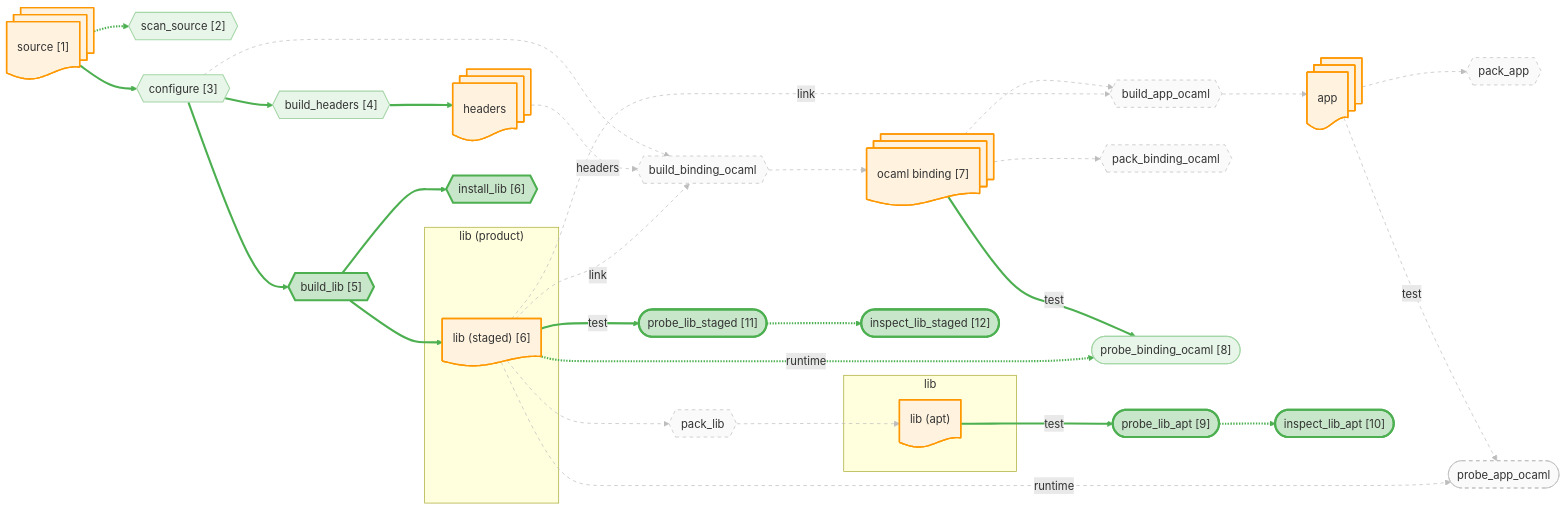
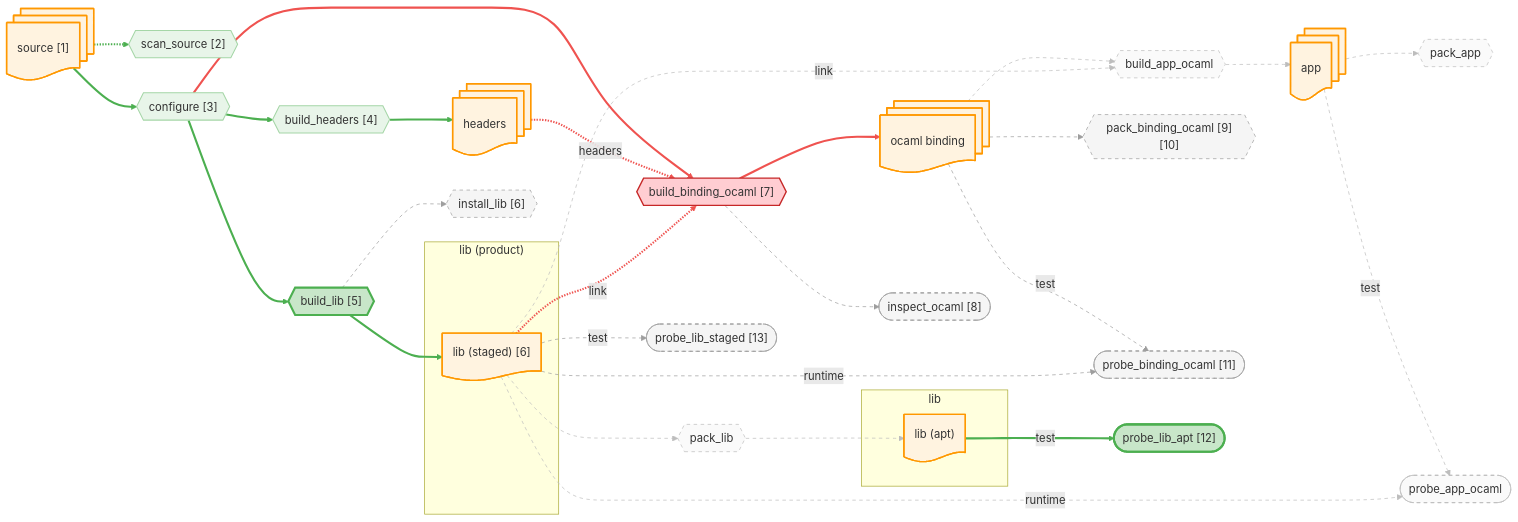
One commit to JHU-PL-Lab/tola changed the diagram in docs/canary/projects/z3/-run/diagrams/lib.mmd. Above: the diagram before and after it, drawn with Mermaid. The commit also changed 247 other files, not shown here.

```diff
--- a/docs/canary/projects/z3/-run/diagrams/lib.mmd
+++ b/docs/canary/projects/z3/-run/diagrams/lib.mmd
@@ -1,108 +1,104 @@
 %% view: lib
 graph LR
     source_node@{ shape: docs, label: "source [1]" }
     headers_node@{ shape: docs, label: "headers" }
     subgraph lib_input_sg ["lib"]
       lib_apt_node@{ shape: doc, label: "lib (apt)" }
     end
     subgraph lib_product_sg ["lib (product)"]
       lib_staged_node@{ shape: doc, label: "lib (staged) [6]" }
     end
     app_node@{ shape: docs, label: "app" }
-    ocaml_binding_node@{ shape: docs, label: "ocaml binding [7]" }
+    ocaml_binding_node@{ shape: docs, label: "ocaml binding" }
 
     A_scan_source{{"scan_source [2]"}}
     A_configure{{"configure [3]"}}
     A_build_headers{{"build_headers [4]"}}
     A_build_lib{{"build_lib [5]"}}
-    A_build_binding_ocaml{{"build_binding_ocaml"}}
+    A_build_binding_ocaml{{"build_binding_ocaml [7]"}}
     A_build_app_ocaml{{"build_app_ocaml"}}
     A_install_lib{{"install_lib [6]"}}
-    A_pack_binding_ocaml{{"pack_binding_ocaml"}}
+    A_pack_binding_ocaml{{"pack_binding_ocaml [9][10]"}}
     A_pack_lib{{"pack_lib"}}
     A_pack_app{{"pack_app"}}
-    A_probe_binding_ocaml(["probe_binding_ocaml [8]"])
+    A_probe_binding_ocaml(["probe_binding_ocaml [11]"])
     A_probe_app_ocaml(["probe_app_ocaml"])
-    A_probe_lib_apt(["probe_lib_apt [9]"])
-    A_probe_lib_staged(["probe_lib_staged [11]"])
-    A_probe_lib_apt_inspect(["inspect_lib_apt [10]"])
-    A_probe_lib_staged_inspect(["inspect_lib_staged [12]"])
+    A_probe_lib_apt(["probe_lib_apt [12]"])
+    A_probe_lib_staged(["probe_lib_staged [13]"])
+    A_build_binding_ocaml_inspect(["inspect_ocaml [8]"])
 
     source_node -.-> A_scan_source
     source_node --> A_configure
     A_configure --> A_build_headers
     A_build_headers --> headers_node
     A_configure --> A_build_lib
     A_build_lib --> lib_staged_node
     A_configure --> A_build_binding_ocaml
     headers_node -.->|headers| A_build_binding_ocaml
     lib_staged_node -.->|link| A_build_binding_ocaml
     A_build_binding_ocaml --> ocaml_binding_node
     ocaml_binding_node --> A_build_app_ocaml
     lib_staged_node -.->|link| A_build_app_ocaml
     A_build_app_ocaml --> app_node
     A_build_lib --> A_install_lib
     ocaml_binding_node --> A_pack_binding_ocaml
     lib_staged_node --> A_pack_lib
     A_pack_lib --> lib_apt_node
     app_node --> A_pack_app
     ocaml_binding_node -->|test| A_probe_binding_ocaml
     lib_staged_node -.->|runtime| A_probe_binding_ocaml
     app_node -->|test| A_probe_app_ocaml
     lib_staged_node -.->|runtime| A_probe_app_ocaml
     lib_apt_node -->|test| A_probe_lib_apt
     lib_staged_node -->|test| A_probe_lib_staged
-    A_probe_lib_apt -.-> A_probe_lib_apt_inspect
-    A_probe_lib_staged -.-> A_probe_lib_staged_inspect
+    A_build_binding_ocaml -.-> A_build_binding_ocaml_inspect
 
     classDef artifact fill:#fff3e0,stroke:#ff9800,stroke-width:2px
     classDef action fill:#f3e5f5,stroke:#9c27b0,stroke-width:2px
     classDef st_done fill:#c8e6c9,stroke:#4caf50,stroke-width:3px
     classDef st_done_ctx fill:#e8f5e9,stroke:#a5d6a7,stroke-width:1.5px
     classDef st_expected_fail fill:#fff9c4,stroke:#f9a825,stroke-width:2px
     classDef st_failed fill:#ffcdd2,stroke:#c62828,stroke-width:2px
     classDef st_skipped fill:#f5f5f5,stroke:#9e9e9e,stroke-dasharray:5
     classDef st_nospec fill:#fafafa,stroke:#bdbdbd,stroke-dasharray:5
     class source_node,headers_node,lib_apt_node,lib_staged_node,app_node,ocaml_binding_node artifact
     class A_scan_source st_done_ctx
     class A_configure st_done_ctx
     class A_build_headers st_done_ctx
     class A_build_lib st_done
-    class A_build_binding_ocaml st_nospec
+    class A_build_binding_ocaml st_failed
     class A_build_app_ocaml st_nospec
-    class A_install_lib st_done
-    class A_pack_binding_ocaml st_nospec
+    class A_install_lib st_skipped
+    class A_pack_binding_ocaml st_skipped
     class A_pack_lib st_nospec
     class A_pack_app st_nospec
-    class A_probe_binding_ocaml st_done_ctx
+    class A_probe_binding_ocaml st_skipped
     class A_probe_app_ocaml st_nospec
     class A_probe_lib_apt st_done
-    class A_probe_lib_staged st_done
-    class A_probe_lib_apt_inspect st_done
-    class A_probe_lib_staged_inspect st_done
+    class A_probe_lib_staged st_skipped
+    class A_build_binding_ocaml_inspect st_skipped
     linkStyle 0 stroke:#4caf50,stroke-width:3px
     linkStyle 1 stroke:#4caf50,stroke-width:3px
     linkStyle 2 stroke:#4caf50,stroke-width:3px
     linkStyle 3 stroke:#4caf50,stroke-width:3px
     linkStyle 4 stroke:#4caf50,stroke-width:3px
     linkStyle 5 stroke:#4caf50,stroke-width:3px
-    linkStyle 6 stroke:#bdbdbd,stroke-width:1px,stroke-dasharray:5
-    linkStyle 7 stroke:#bdbdbd,stroke-width:1px,stroke-dasharray:5
-    linkStyle 8 stroke:#bdbdbd,stroke-width:1px,stroke-dasharray:5
-    linkStyle 9 stroke:#bdbdbd,stroke-width:1px,stroke-dasharray:5
+    linkStyle 6 stroke:#ef5350,stroke-width:3px
+    linkStyle 7 stroke:#ef5350,stroke-width:3px
+    linkStyle 8 stroke:#ef5350,stroke-width:3px
+    linkStyle 9 stroke:#ef5350,stroke-width:3px
     linkStyle 10 stroke:#bdbdbd,stroke-width:1px,stroke-dasharray:5
     linkStyle 11 stroke:#bdbdbd,stroke-width:1px,stroke-dasharray:5
     linkStyle 12 stroke:#bdbdbd,stroke-width:1px,stroke-dasharray:5
-    linkStyle 13 stroke:#4caf50,stroke-width:3px
-    linkStyle 14 stroke:#bdbdbd,stroke-width:1px,stroke-dasharray:5
+    linkStyle 13 stroke:#9e9e9e,stroke-width:1px,stroke-dasharray:5
+    linkStyle 14 stroke:#9e9e9e,stroke-width:1px,stroke-dasharray:5
     linkStyle 15 stroke:#bdbdbd,stroke-width:1px,stroke-dasharray:5
     linkStyle 16 stroke:#bdbdbd,stroke-width:1px,stroke-dasharray:5
     linkStyle 17 stroke:#bdbdbd,stroke-width:1px,stroke-dasharray:5
-    linkStyle 18 stroke:#4caf50,stroke-width:3px
-    linkStyle 19 stroke:#4caf50,stroke-width:3px
+    linkStyle 18 stroke:#9e9e9e,stroke-width:1px,stroke-dasharray:5
+    linkStyle 19 stroke:#9e9e9e,stroke-width:1px,stroke-dasharray:5
     linkStyle 20 stroke:#bdbdbd,stroke-width:1px,stroke-dasharray:5
     linkStyle 21 stroke:#bdbdbd,stroke-width:1px,stroke-dasharray:5
     linkStyle 22 stroke:#4caf50,stroke-width:3px
-    linkStyle 23 stroke:#4caf50,stroke-width:3px
-    linkStyle 24 stroke:#4caf50,stroke-width:3px
-    linkStyle 25 stroke:#4caf50,stroke-width:3px
+    linkStyle 23 stroke:#9e9e9e,stroke-width:1px,stroke-dasharray:5
+    linkStyle 24 stroke:#9e9e9e,stroke-width:1px,stroke-dasharray:5
```
